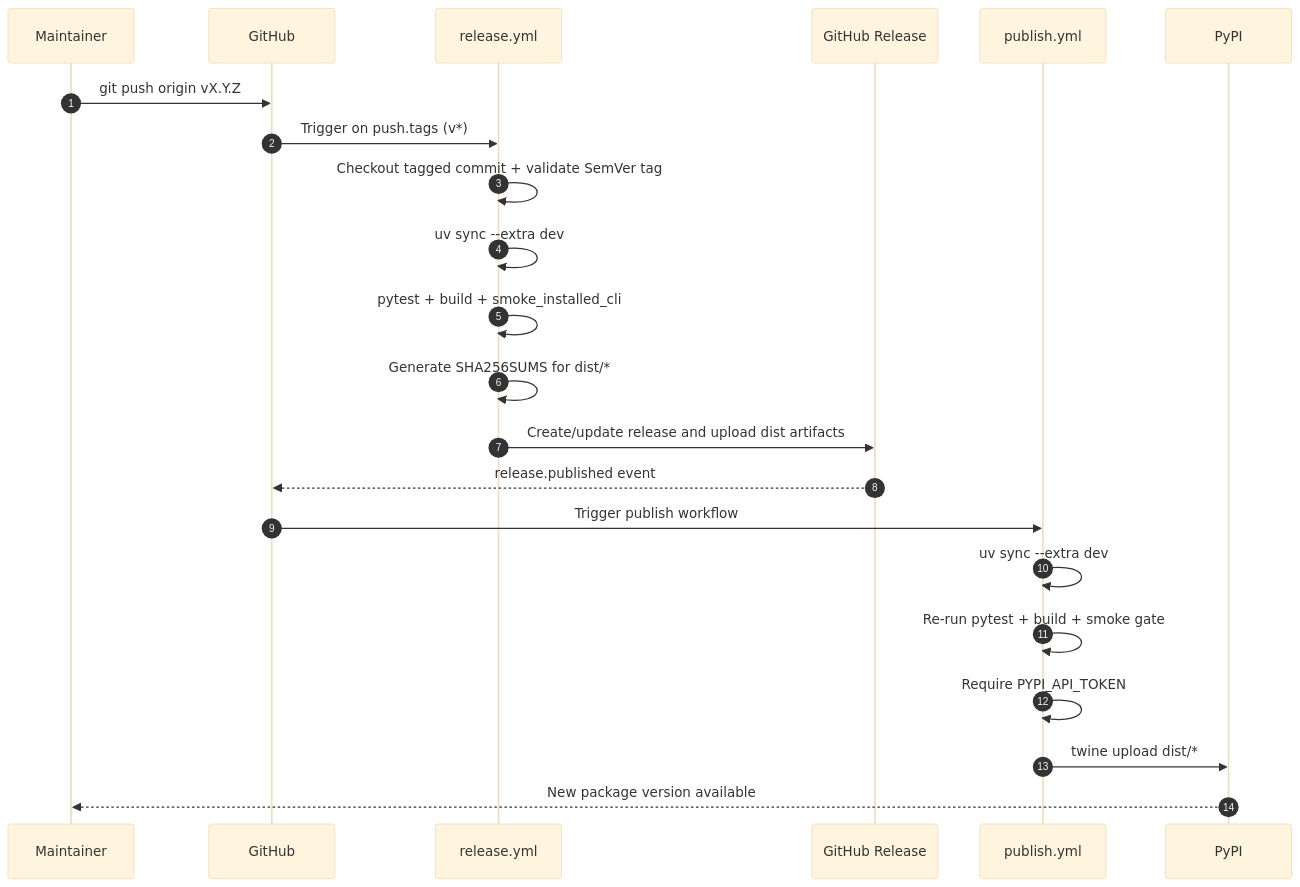
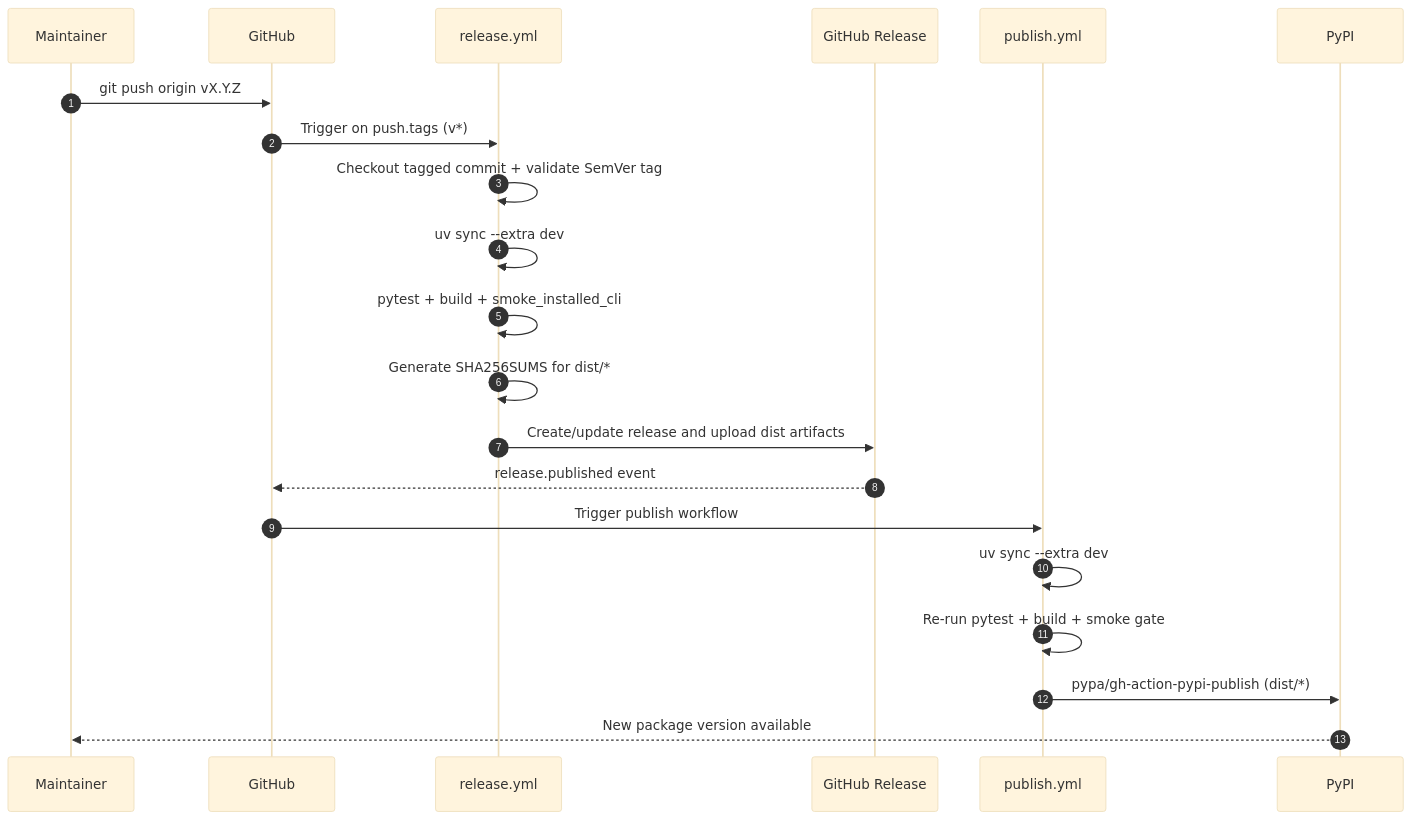
Before and after one commit to seonghobae/vector-topic-modeling: the second of 2 diagrams in docs/user-manual.md, drawn with Mermaid (base theme). The commit also changed other lines of this file and 3 other files, not shown here.

````diff
--- a/docs/user-manual.md
+++ b/docs/user-manual.md
@@ -273,26 +273,25 @@
 ```mermaid
 sequenceDiagram
     autonumber
     participant M as Maintainer
     participant GH as GitHub
     participant R as release.yml
     participant REL as GitHub Release
     participant P as publish.yml
     participant PY as PyPI
 
     M->>GH: git push origin vX.Y.Z
     GH->>R: Trigger on push.tags (v*)
     R->>R: Checkout tagged commit + validate SemVer tag
     R->>R: uv sync --extra dev
     R->>R: pytest + build + smoke_installed_cli
     R->>R: Generate SHA256SUMS for dist/*
     R->>REL: Create/update release and upload dist artifacts
 
     REL-->>GH: release.published event
     GH->>P: Trigger publish workflow
     P->>P: uv sync --extra dev
     P->>P: Re-run pytest + build + smoke gate
-    P->>P: Require PYPI_API_TOKEN
-    P->>PY: twine upload dist/*
+    P->>PY: pypa/gh-action-pypi-publish (dist/*)
     PY-->>M: New package version available
 ```
````
